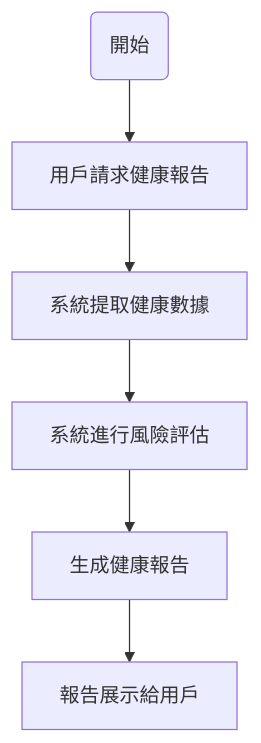
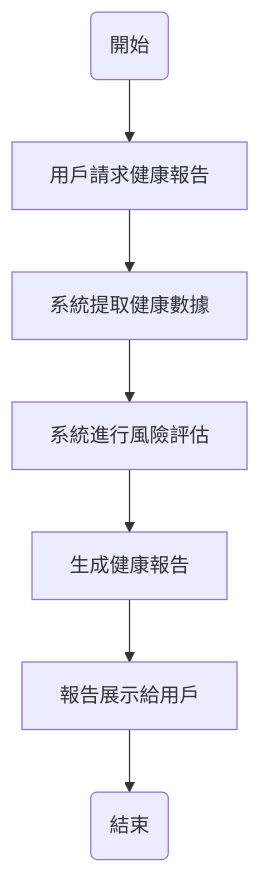
Before and after one commit to Xz-369/113_CourseTopics: the fourth of 5 diagrams in hw5.md, drawn with Mermaid. The commit also changed other lines of this file, not shown here.

````diff
--- a/hw5.md
+++ b/hw5.md
@@ -33,8 +35,9 @@
 ```mermaid
 graph TD
     A(開始) --> B[用戶請求健康報告]
     B --> C[系統提取健康數據]
     C --> D[系統進行風險評估]
     D --> E[生成健康報告]
     E --> F[報告展示給用戶]
+    F --> G(結束)
 ```
````
